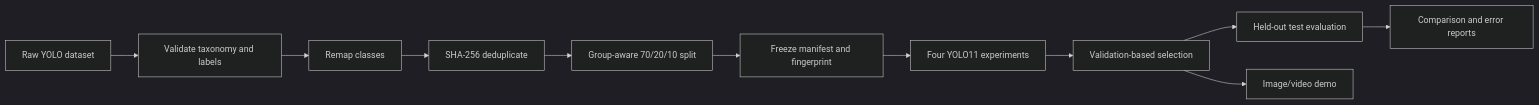
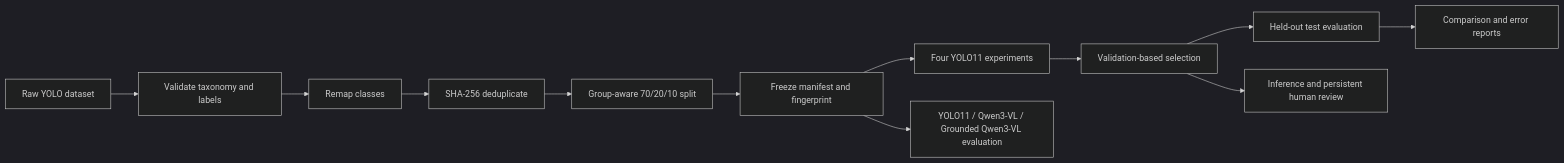
One commit to wangkeyu-u/VisionGuard changed the diagram in README.md. Above: the diagram before and after it, drawn with Mermaid (dark theme). The commit also changed other lines of this file and 5 other files, not shown here.

````diff
--- a/README.md
+++ b/README.md
@@ -45,13 +60,14 @@
 ```mermaid
 flowchart LR
     A[Raw YOLO dataset] --> B[Validate taxonomy and labels]
     B --> C[Remap classes]
     C --> D[SHA-256 deduplicate]
     D --> E[Group-aware 70/20/10 split]
     E --> F[Freeze manifest and fingerprint]
     F --> G[Four YOLO11 experiments]
     G --> H[Validation-based selection]
     H --> I[Held-out test evaluation]
-    H --> J[Image/video demo]
+    H --> J[Inference and persistent human review]
     I --> K[Comparison and error reports]
+    F --> L[YOLO11 / Qwen3-VL / Grounded Qwen3-VL evaluation]
 ```
````
